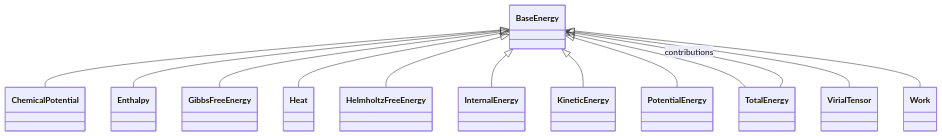
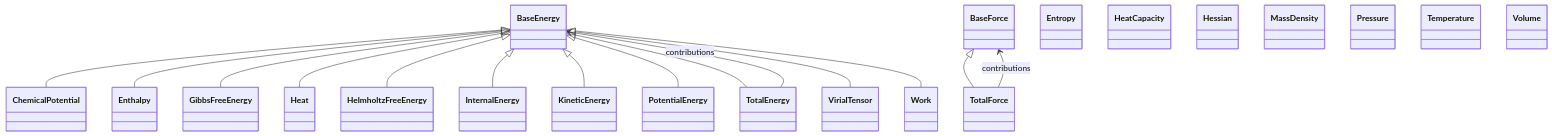
One commit to FAIRmat-NFDI/nomad-simulations changed the diagram in docs/schema/thermodynamics.diagram.md. Above: the diagram before and after it, drawn with Mermaid. The commit also changed other lines of this file and 92 other files, not shown here.

````diff
--- a/docs/schema/thermodynamics.diagram.md
+++ b/docs/schema/thermodynamics.diagram.md
@@ -16,39 +16,59 @@
 ```mermaid
 classDiagram
     class BaseEnergy {
+    }
+    class BaseForce {
     }
     class ChemicalPotential {
     }
     class Enthalpy {
     }
+    class Entropy {
+    }
     class GibbsFreeEnergy {
     }
     class Heat {
     }
+    class HeatCapacity {
+    }
     class HelmholtzFreeEnergy {
+    }
+    class Hessian {
     }
     class InternalEnergy {
     }
     class KineticEnergy {
     }
+    class MassDensity {
+    }
     class PotentialEnergy {
+    }
+    class Pressure {
+    }
+    class Temperature {
     }
     class TotalEnergy {
     }
+    class TotalForce {
+    }
     class VirialTensor {
+    }
+    class Volume {
     }
     class Work {
     }
     BaseEnergy <|-- ChemicalPotential
     BaseEnergy <|-- Enthalpy
     BaseEnergy <|-- GibbsFreeEnergy
     BaseEnergy <|-- Heat
     BaseEnergy <|-- HelmholtzFreeEnergy
     BaseEnergy <|-- InternalEnergy
     BaseEnergy <|-- KineticEnergy
     BaseEnergy <|-- PotentialEnergy
     BaseEnergy <|-- TotalEnergy
+    BaseForce <|-- TotalForce
     BaseEnergy <|-- VirialTensor
     BaseEnergy <|-- Work
     TotalEnergy --> BaseEnergy : contributions
+    TotalForce --> BaseForce : contributions
 ```
````
